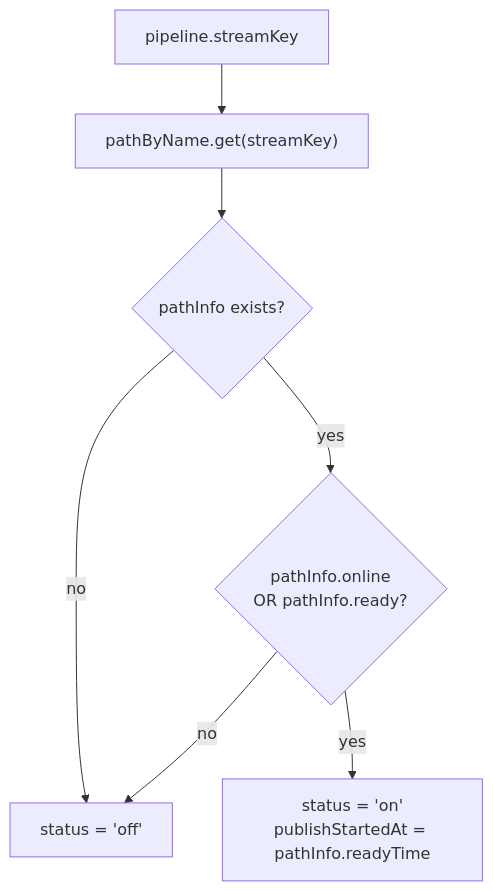
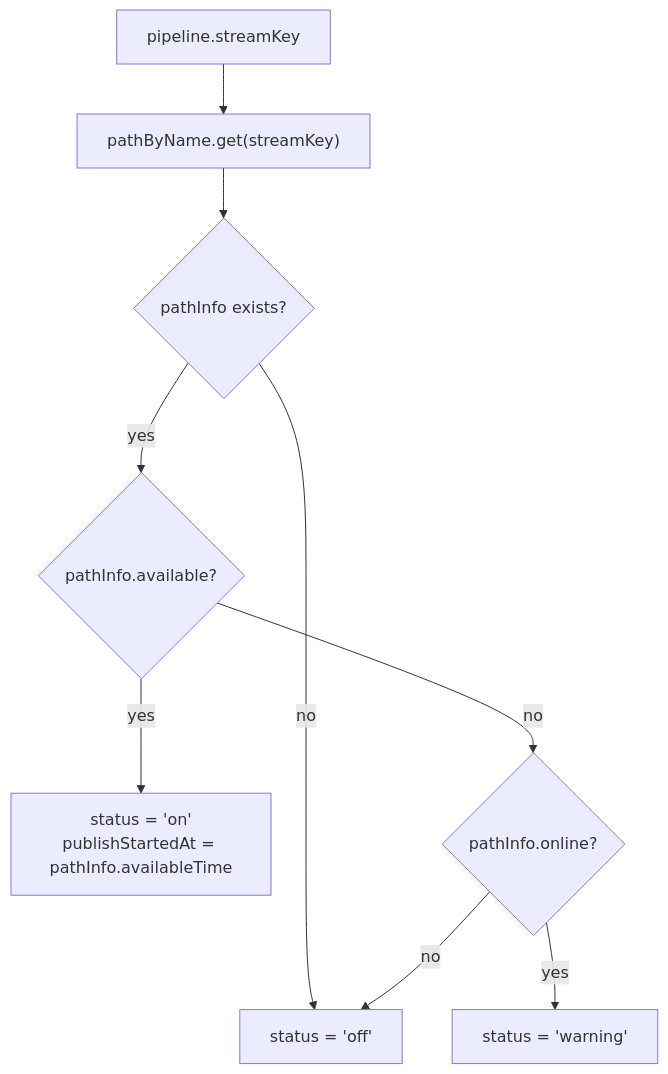
One commit to krsna1729/restream changed the first of 3 diagrams in docs/health-mapping.md. Above: the diagram before and after it, drawn with Mermaid. The commit also changed other lines of this file and 7 other files, not shown here.

````diff
--- a/docs/health-mapping.md
+++ b/docs/health-mapping.md
@@ -26,10 +26,12 @@
 ```mermaid
 flowchart TD
     A["pipeline.streamKey"] --> B["pathByName.get(streamKey)"]
 
     B --> C{pathInfo exists?}
     C -->|no| OFF["status = 'off'"]
-    C -->|yes| D{"pathInfo.online\nOR pathInfo.ready?"}
-    D -->|no| OFF
-    D -->|yes| ON["status = 'on'\npublishStartedAt = pathInfo.readyTime"]
+    C -->|yes| D{"pathInfo.available?"}
+    D -->|yes| ON["status = 'on'\npublishStartedAt = pathInfo.availableTime"]
+    D -->|no| E{"pathInfo.online?"}
+    E -->|yes| WARN["status = 'warning'"]
+    E -->|no| OFF
 ```
````
